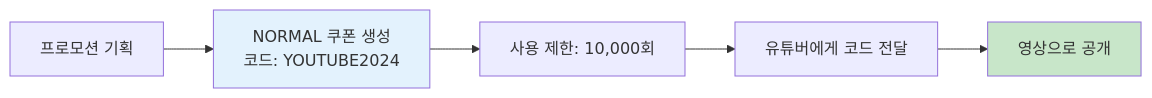
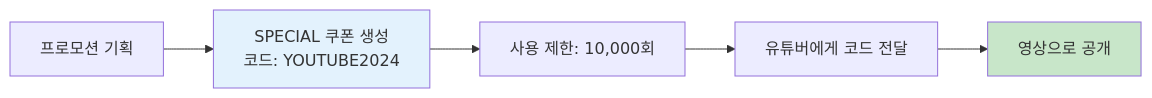
Before and after one commit to maxidea1024/gatrix: the fifth of 5 diagrams in manual/ko/09-coupons.md, drawn with Mermaid. The commit also changed other lines of this file and 30 other files, not shown here.

````diff
--- a/manual/ko/09-coupons.md
+++ b/manual/ko/09-coupons.md
@@ -185,10 +198,10 @@
 ```mermaid
 flowchart LR
-    A[프로모션 기획] --> B[NORMAL 쿠폰 생성<br/>코드: YOUTUBE2024]
+    A[프로모션 기획] --> B[SPECIAL 쿠폰 생성<br/>코드: YOUTUBE2024]
     B --> C[사용 제한: 10,000회]
     C --> D[유튜버에게 코드 전달]
     D --> E[영상으로 공개]
     
     style B fill:#e3f2fd
     style E fill:#c8e6c9
 ```
````
